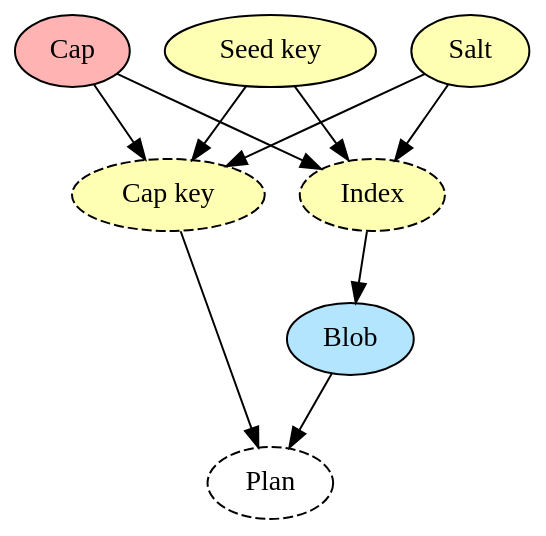
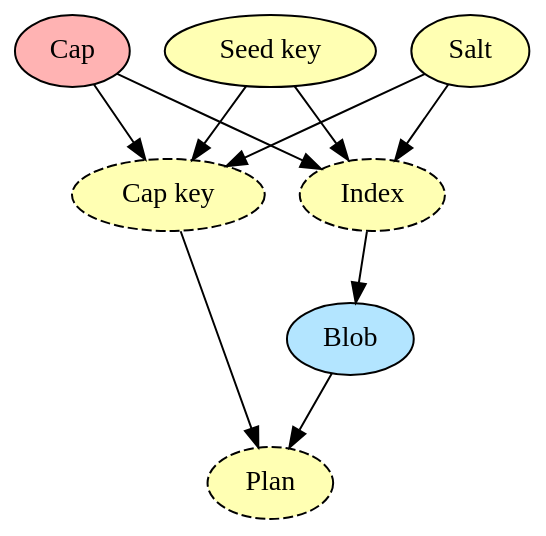
One commit to lvh/icecap changed the diagram in docs/CryptoDependencies.dot. Above: the diagram before and after it, drawn with Graphviz. The commit also changed 1 other file, not shown here.

Commit message:
Fill plan node on CryptoDependencies diagram

```diff
--- a/docs/CryptoDependencies.dot
+++ b/docs/CryptoDependencies.dot
@@ -1,25 +1,25 @@
 digraph {
         bgcolor="transparent";
 
         Cap [style="filled", fillcolor="#FFB3B3"];
         subgraph {
                 SeedKey [label="Seed key", style="filled", fillcolor="#FFFFB3"];
                 Salt [style="filled", fillcolor="#FFFFB3"];
         }
         CapKey [label="Cap key", style="dashed,filled", fillcolor="#FFFFB3"];
         Index [style="dashed,filled", fillcolor="#FFFFB3"];
         Blob [style="filled", fillcolor="#B3E5FF"]
-        Plan [style="dashed"];
+        Plan [style="dashed,filled", fillcolor="#FFFFB3"];
 
         Cap -> CapKey;
         SeedKey -> CapKey;
         Salt -> CapKey;
 
         Cap -> Index;
         SeedKey -> Index;
         Salt -> Index;
 
         Index -> Blob;
         Blob -> Plan;
         CapKey -> Plan;
 }
```
